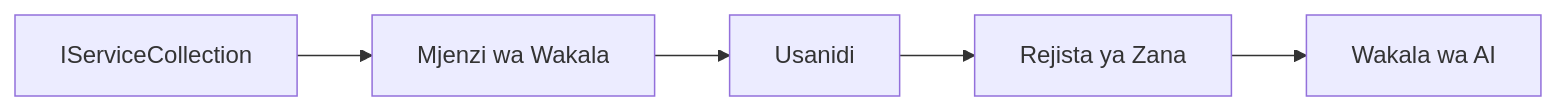
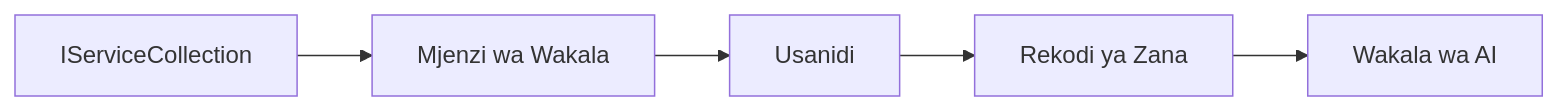
One commit to venturemavenwill/azureaifundamentals changed the diagram in translations/sw/03-agentic-design-patterns/code_samples/03-dotnet-agent-framework.md. Above: the diagram before and after it, drawn with Mermaid. The commit also changed other lines of this file and 2002 other files, not shown here.

````diff
--- a/translations/sw/03-agentic-design-patterns/code_samples/03-dotnet-agent-framework.md
+++ b/translations/sw/03-agentic-design-patterns/code_samples/03-dotnet-agent-framework.md
@@ -41,7 +41,7 @@
 ```mermaid
 graph LR
     A[IServiceCollection] --> B[Mjenzi wa Wakala]
     B --> C[Usanidi]
-    C --> D[Rejista ya Zana]
+    C --> D[Rekodi ya Zana]
     D --> E[Wakala wa AI]
 ```
````
